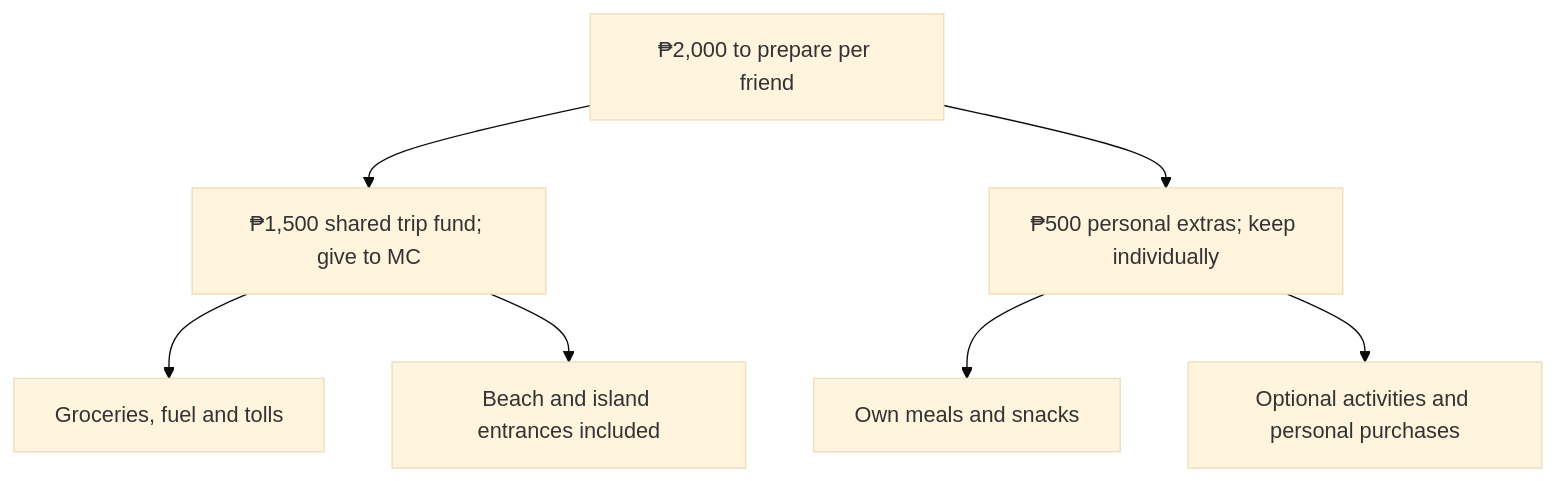
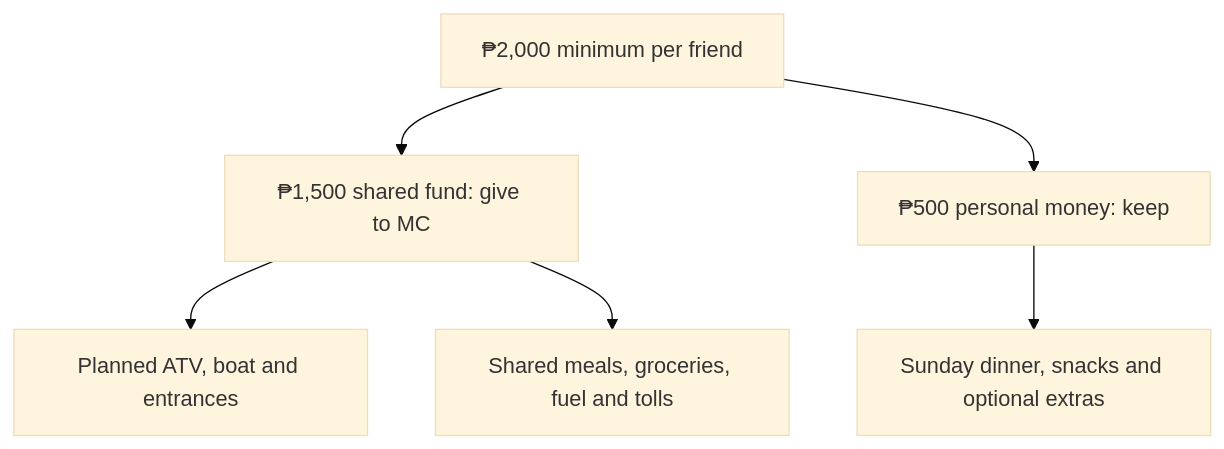
Before and after one commit to itsmcliam/Birthday-Plan: the diagram in assets/budget.mmd, drawn with Mermaid (base theme).

Commit message:
Align budget diagram with shared activities and personal extras

```diff
--- a/assets/budget.mmd
+++ b/assets/budget.mmd
@@ -1,7 +1,6 @@
 flowchart TD
-    A["₱2,000 to prepare per friend"] --> B["₱1,500 shared trip fund; give to MC"]
-    A --> C["₱500 personal extras; keep individually"]
-    B --> D["Groceries, fuel and tolls"]
-    B --> E["Beach and island entrances included"]
-    C --> F["Own meals and snacks"]
-    C --> G["Optional activities and personal purchases"]
+    A["₱2,000 minimum per friend"] --> B["₱1,500 shared fund: give to MC"]
+    A --> C["₱500 personal money: keep"]
+    B --> D["Planned ATV, boat and entrances"]
+    B --> E["Shared meals, groceries, fuel and tolls"]
+    C --> F["Sunday dinner, snacks and optional extras"]
```
